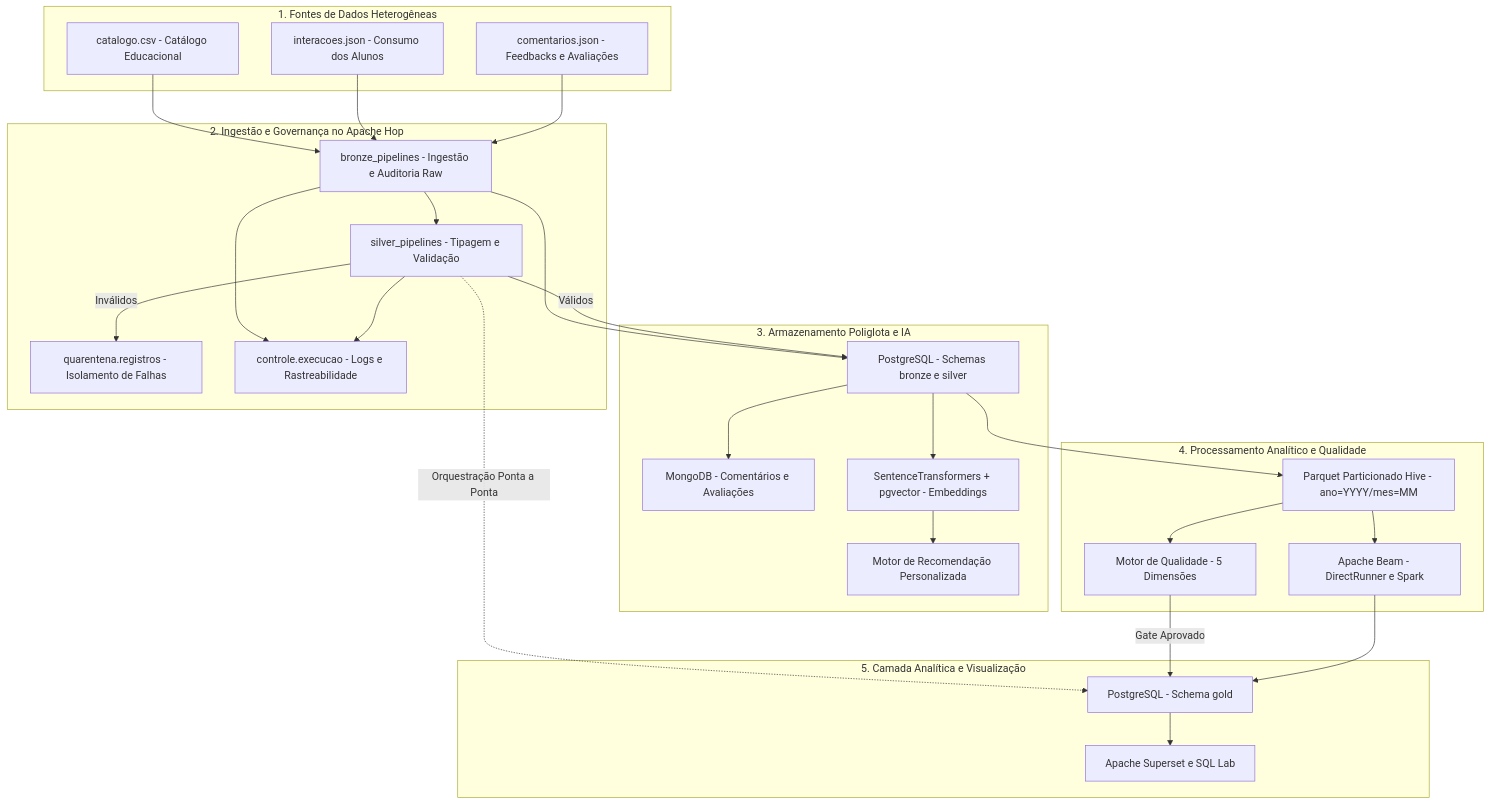
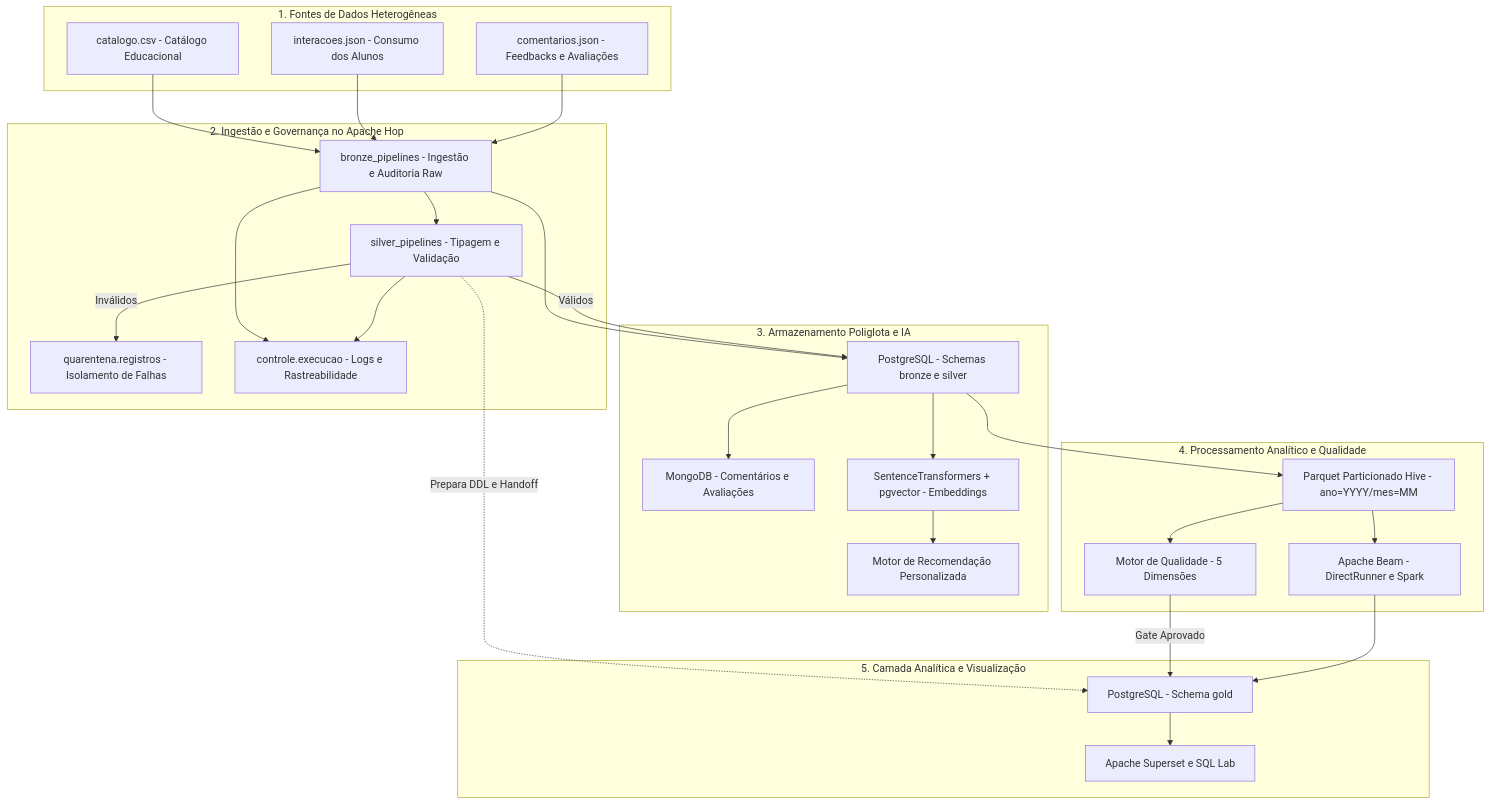
The diagram in README.md (Gabriel-M-Branco/desafio-04-Fundamentos-de-Dados-para-IA), drawn with Mermaid before and after one commit. The commit also changed other lines of this file and 10 other files, not shown here.

````diff
--- a/README.md
+++ b/README.md
@@ -28,55 +28,55 @@
 ```mermaid
 flowchart TD
     subgraph Fontes["1. Fontes de Dados Heterogêneas"]
         F1["catalogo.csv - Catálogo Educacional"]
         F2["interacoes.json - Consumo dos Alunos"]
         F3["comentarios.json - Feedbacks e Avaliações"]
     end
 
     subgraph Hop["2. Ingestão e Governança no Apache Hop"]
         H1["bronze_pipelines - Ingestão e Auditoria Raw"]
         H2["silver_pipelines - Tipagem e Validação"]
         H3["quarentena.registros - Isolamento de Falhas"]
         H4["controle.execucao - Logs e Rastreabilidade"]
     end
 
     subgraph Armazenamento["3. Armazenamento Poliglota e IA"]
         PG_RAW["PostgreSQL - Schemas bronze e silver"]
         MG["MongoDB - Comentários e Avaliações"]
         EMB["SentenceTransformers + pgvector - Embeddings"]
         REC["Motor de Recomendação Personalizada"]
     end
 
     subgraph Processamento["4. Processamento Analítico e Qualidade"]
         PQ["Parquet Particionado Hive - ano=YYYY/mes=MM"]
         QUAL["Motor de Qualidade - 5 Dimensões"]
         BEAM["Apache Beam - DirectRunner e Spark"]
     end
 
     subgraph Consumo["5. Camada Analítica e Visualização"]
         GOLD["PostgreSQL - Schema gold"]
         SUPERSET["Apache Superset e SQL Lab"]
     end
 
     F1 --> H1
     F2 --> H1
     F3 --> H1
     H1 --> PG_RAW
     H1 --> H2
     H2 -- "Válidos" --> PG_RAW
     H2 -- "Inválidos" --> H3
     H1 --> H4
     H2 --> H4
-    H2 -. "Orquestração Ponta a Ponta" .-> GOLD
+    H2 -. "Prepara DDL e Handoff" .-> GOLD
 
     PG_RAW --> MG
     PG_RAW --> EMB
     EMB --> REC
 
     PG_RAW --> PQ
     PQ --> BEAM
     PQ --> QUAL
     QUAL -- "Gate Aprovado" --> GOLD
     BEAM --> GOLD
     GOLD --> SUPERSET
 ```
````
